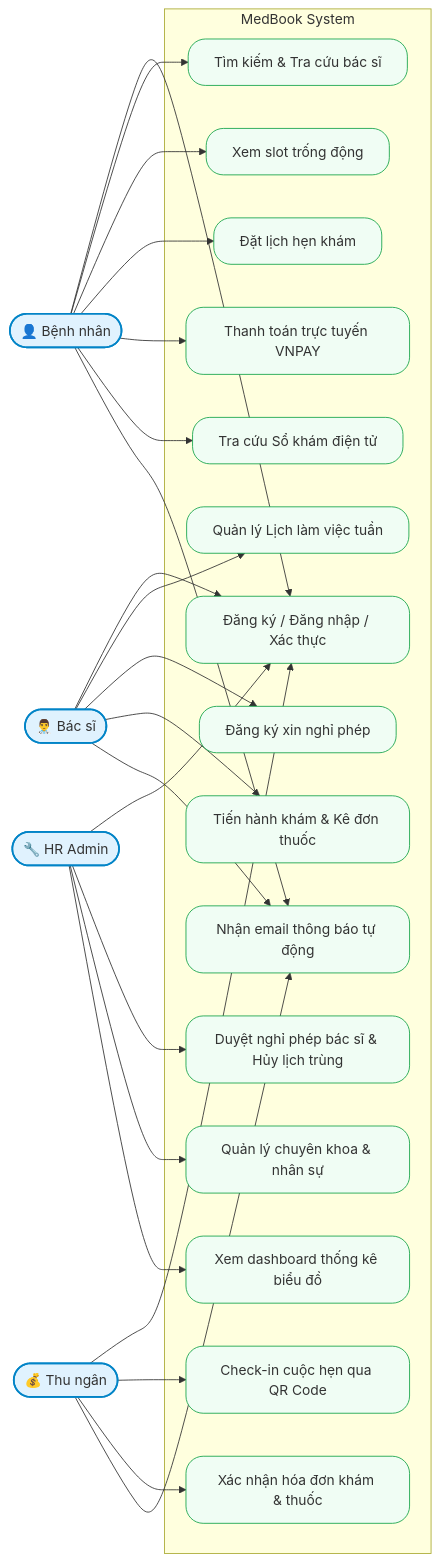
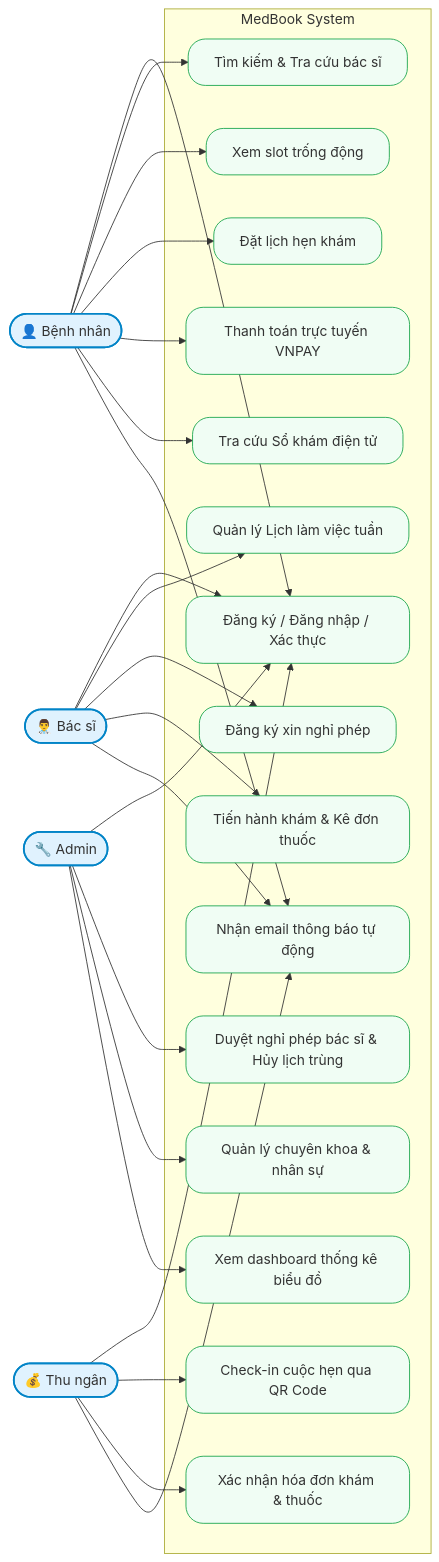
One commit to TruongTheHaiThinh/MedBook-Online-Medical-Appointment-Booking-System changed the first of 3 diagrams in TruongTheHaiThinh_project-report.md. Above: the diagram before and after it, drawn with Mermaid. The commit also changed other lines of this file and 4 other files, not shown here.

````diff
--- a/TruongTheHaiThinh_project-report.md
+++ b/TruongTheHaiThinh_project-report.md
@@ -67,52 +67,52 @@
 ```mermaid
 graph LR
     classDef actor fill:#e0f2fe,stroke:#0284c7,stroke-width:2px
     classDef usecase fill:#f0fdf4,stroke:#16a34a,stroke-width:1px,rx:20
 
     Patient(["👤 Bệnh nhân"]):::actor
     Doctor(["👨‍⚕️ Bác sĩ"]):::actor
-    HRAdmin(["🔧 HR Admin"]):::actor
+    Admin(["🔧 Admin"]):::actor
     Cashier(["💰 Thu ngân"]):::actor
 
     subgraph MedBook System
         UC1["Đăng ký / Đăng nhập / Xác thực"]:::usecase
         UC2["Tìm kiếm & Tra cứu bác sĩ"]:::usecase
         UC3["Xem slot trống động"]:::usecase
         UC4["Đặt lịch hẹn khám"]:::usecase
         UC5["Thanh toán trực tuyến VNPAY"]:::usecase
         UC6["Tra cứu Sổ khám điện tử"]:::usecase
         UC7["Quản lý Lịch làm việc tuần"]:::usecase
         UC8["Đăng ký xin nghỉ phép"]:::usecase
         UC9["Tiến hành khám & Kê đơn thuốc"]:::usecase
         UC10["Duyệt nghỉ phép bác sĩ & Hủy lịch trùng"]:::usecase
         UC11["Quản lý chuyên khoa & nhân sự"]:::usecase
         UC12["Xem dashboard thống kê biểu đồ"]:::usecase
         UC13["Check-in cuộc hẹn qua QR Code"]:::usecase
         UC14["Xác nhận hóa đơn khám & thuốc"]:::usecase
         UC15["Nhận email thông báo tự động"]:::usecase
     end
 
     Patient --> UC1
     Patient --> UC2
     Patient --> UC3
     Patient --> UC4
     Patient --> UC5
     Patient --> UC6
     Patient --> UC15
 
     Doctor --> UC1
     Doctor --> UC7
     Doctor --> UC8
     Doctor --> UC9
     Doctor --> UC15
 
-    HRAdmin --> UC1
-    HRAdmin --> UC10
-    HRAdmin --> UC11
-    HRAdmin --> UC12
+    Admin --> UC1
+    Admin --> UC10
+    Admin --> UC11
+    Admin --> UC12
 
     Cashier --> UC1
     Cashier --> UC13
     Cashier --> UC14
     Cashier --> UC15
 ```
````
